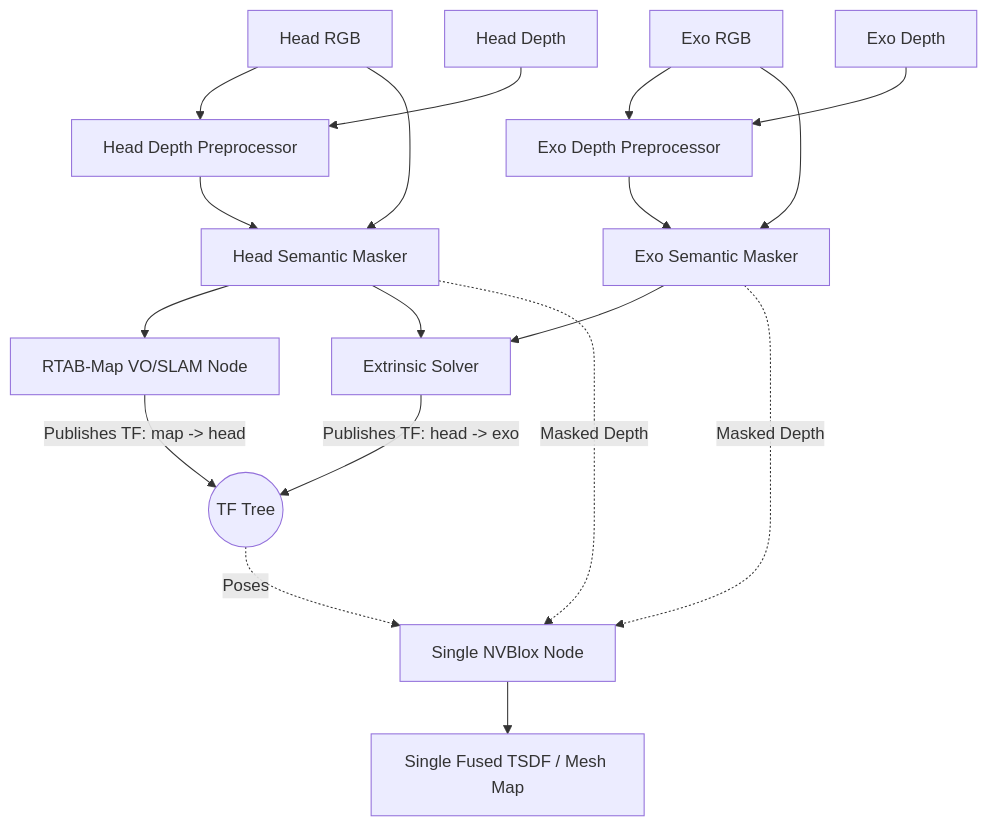
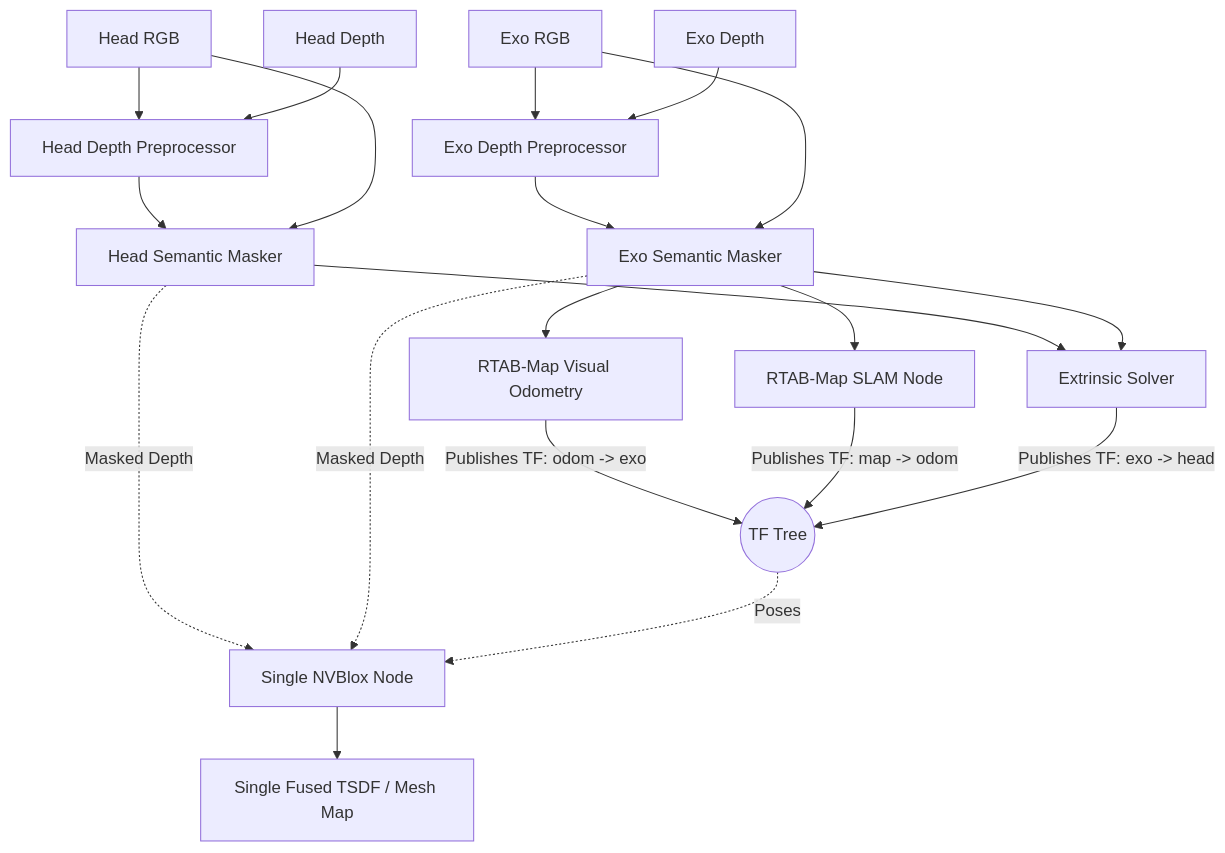
One commit to davidebaggio/MARS-Exo changed the diagram in pipeline.md. Above: the diagram before and after it, drawn with Mermaid. The commit also changed other lines of this file and 15 other files, not shown here.

````diff
--- a/pipeline.md
+++ b/pipeline.md
@@ -18,29 +18,32 @@
 ```mermaid
 flowchart TD
     %% Inputs
     A1[Head RGB] --> B1[Head Depth Preprocessor]
     A2[Head Depth] --> B1
     A3[Exo RGB] --> B2[Exo Depth Preprocessor]
     A4[Exo Depth] --> B2
 
     %% Masking
     B1 --> C1[Head Semantic Masker]
     A1 --> C1
     B2 --> C2[Exo Semantic Masker]
     A3 --> C2
 
     %% Tracking & Extrinsics
-    C1 --> D[RTAB-Map VO/SLAM Node]
-    D --> |Publishes TF: map -> head| TF_TREE((TF Tree))
+    C2 --> D_ODO[RTAB-Map Visual Odometry]
+    D_ODO --> |Publishes TF: odom -> exo| TF_TREE((TF Tree))
+    
+    C2 --> D_SLAM[RTAB-Map SLAM Node]
+    D_SLAM --> |Publishes TF: map -> odom| TF_TREE
     
     C1 --> F[Extrinsic Solver]
     C2 --> F
-    F --> |Publishes TF: head -> exo| TF_TREE
+    F --> |Publishes TF: exo -> head| TF_TREE
 
     %% Fusion
     C1 -. Masked Depth .-> N[Single NVBlox Node]
     C2 -. Masked Depth .-> N
     TF_TREE -. Poses .-> N
     
     N --> J[Single Fused TSDF / Mesh Map]
 ```
````
